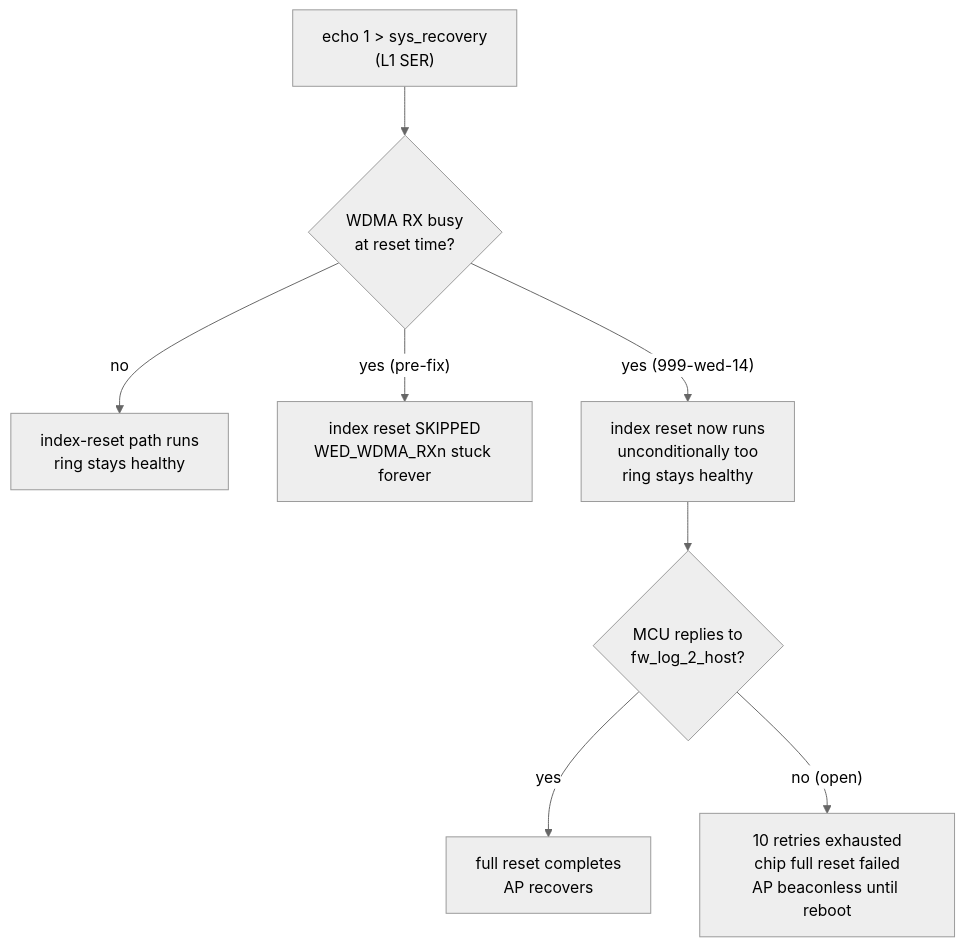
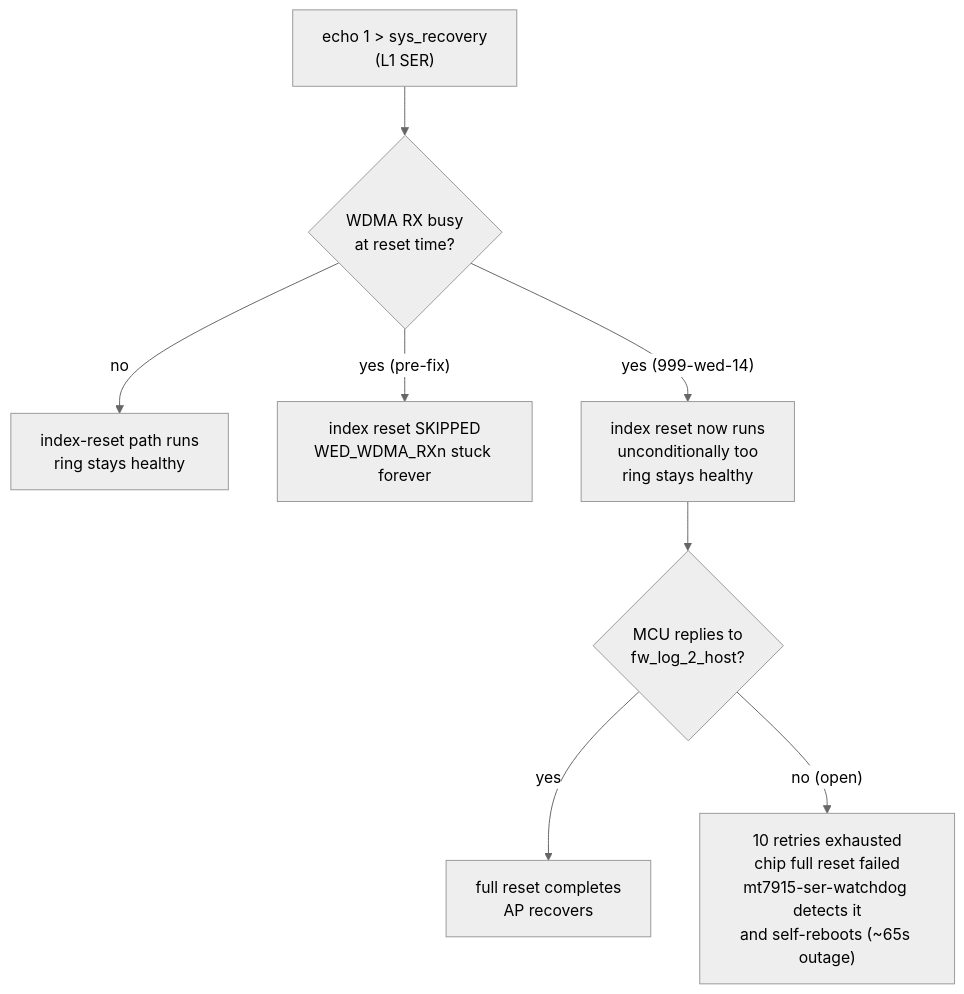
The diagram in docs/e8450-ppe-validation.md (pattyboi/openwrt), drawn with Mermaid (neutral theme) before and after one commit. The commit also changed other lines of this file and 5 other files, not shown here.

````diff
--- a/docs/e8450-ppe-validation.md
+++ b/docs/e8450-ppe-validation.md
@@ -19,10 +19,10 @@
 ```mermaid
 flowchart TD
     A["echo 1 > sys_recovery<br/>(L1 SER)"] --> B{WDMA RX busy<br/>at reset time?}
     B -- "no" --> C["index-reset path runs<br/>ring stays healthy"]
     B -- "yes (pre-fix)" --> D["index reset SKIPPED<br/>WED_WDMA_RXn stuck forever"]
     B -- "yes (999-wed-14)" --> E["index reset now runs<br/>unconditionally too<br/>ring stays healthy"]
     E --> F{MCU replies to<br/>fw_log_2_host?}
     F -- "yes" --> G["full reset completes<br/>AP recovers"]
-    F -- "no (open)" --> H["10 retries exhausted<br/>chip full reset failed<br/>AP beaconless until reboot"]
+    F -- "no (open)" --> H["10 retries exhausted<br/>chip full reset failed<br/>mt7915-ser-watchdog detects it<br/>and self-reboots (~65s outage)"]
 ```
````
